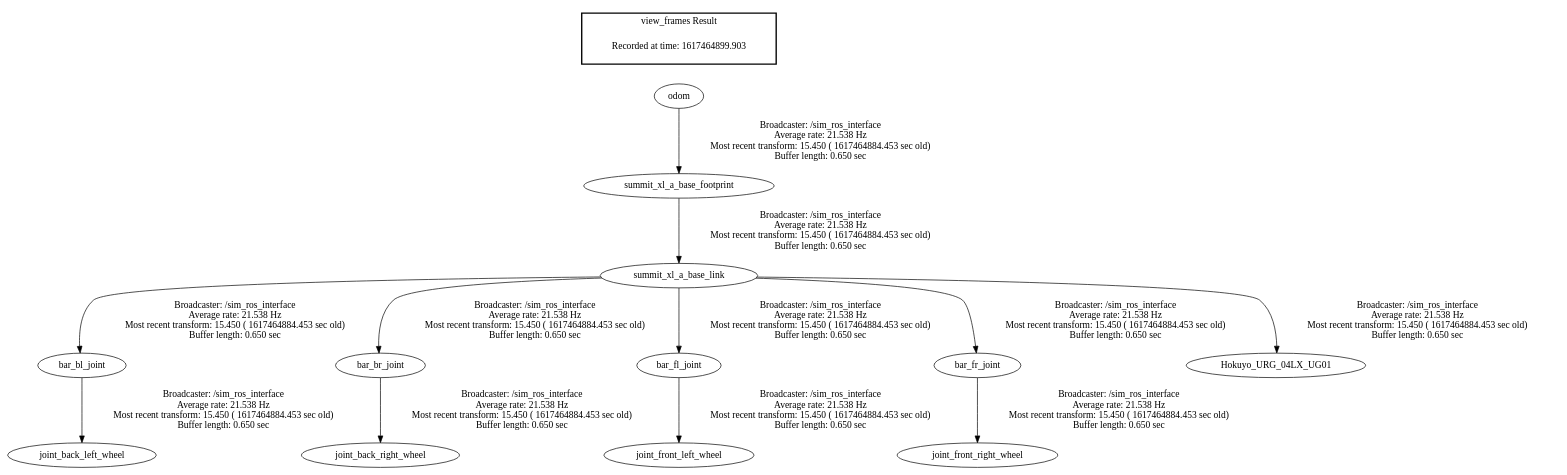
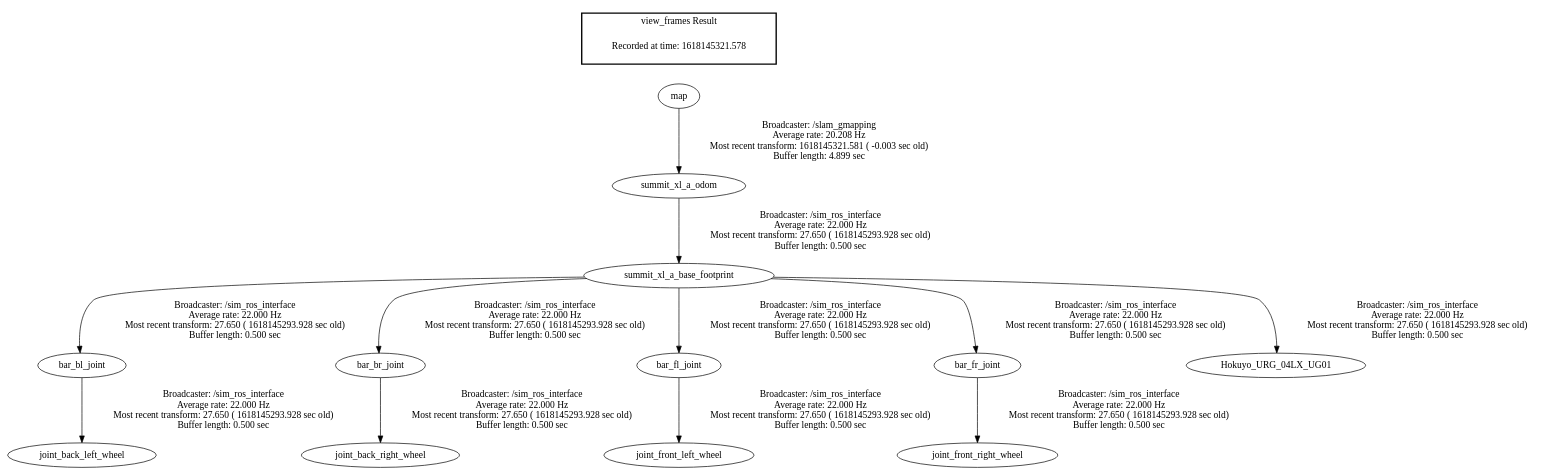
The diagram in frames.gv (ozzwozz/PROJ324), drawn with Graphviz before and after one commit. The commit also changed 51 other files, not shown here.

Commit message:
Summit LaserScan topic displays in rviz. HOWEVER map is displayed off-centered

```diff
--- a/frames.gv
+++ b/frames.gv
@@ -1,17 +1,17 @@
 digraph G {
-"odom" -> "summit_xl_a_base_footprint"[label="Broadcaster: /sim_ros_interface\nAverage rate: 21.538 Hz\nMost recent transform: 15.450 ( 1617464884.453 sec old)\nBuffer length: 0.650 sec\n"];
-"summit_xl_a_base_footprint" -> "summit_xl_a_base_link"[label="Broadcaster: /sim_ros_interface\nAverage rate: 21.538 Hz\nMost recent transform: 15.450 ( 1617464884.453 sec old)\nBuffer length: 0.650 sec\n"];
-"summit_xl_a_base_link" -> "bar_bl_joint"[label="Broadcaster: /sim_ros_interface\nAverage rate: 21.538 Hz\nMost recent transform: 15.450 ( 1617464884.453 sec old)\nBuffer length: 0.650 sec\n"];
-"summit_xl_a_base_link" -> "bar_br_joint"[label="Broadcaster: /sim_ros_interface\nAverage rate: 21.538 Hz\nMost recent transform: 15.450 ( 1617464884.453 sec old)\nBuffer length: 0.650 sec\n"];
-"summit_xl_a_base_link" -> "bar_fl_joint"[label="Broadcaster: /sim_ros_interface\nAverage rate: 21.538 Hz\nMost recent transform: 15.450 ( 1617464884.453 sec old)\nBuffer length: 0.650 sec\n"];
-"summit_xl_a_base_link" -> "bar_fr_joint"[label="Broadcaster: /sim_ros_interface\nAverage rate: 21.538 Hz\nMost recent transform: 15.450 ( 1617464884.453 sec old)\nBuffer length: 0.650 sec\n"];
-"summit_xl_a_base_link" -> "Hokuyo_URG_04LX_UG01"[label="Broadcaster: /sim_ros_interface\nAverage rate: 21.538 Hz\nMost recent transform: 15.450 ( 1617464884.453 sec old)\nBuffer length: 0.650 sec\n"];
-"bar_bl_joint" -> "joint_back_left_wheel"[label="Broadcaster: /sim_ros_interface\nAverage rate: 21.538 Hz\nMost recent transform: 15.450 ( 1617464884.453 sec old)\nBuffer length: 0.650 sec\n"];
-"bar_br_joint" -> "joint_back_right_wheel"[label="Broadcaster: /sim_ros_interface\nAverage rate: 21.538 Hz\nMost recent transform: 15.450 ( 1617464884.453 sec old)\nBuffer length: 0.650 sec\n"];
-"bar_fl_joint" -> "joint_front_left_wheel"[label="Broadcaster: /sim_ros_interface\nAverage rate: 21.538 Hz\nMost recent transform: 15.450 ( 1617464884.453 sec old)\nBuffer length: 0.650 sec\n"];
-"bar_fr_joint" -> "joint_front_right_wheel"[label="Broadcaster: /sim_ros_interface\nAverage rate: 21.538 Hz\nMost recent transform: 15.450 ( 1617464884.453 sec old)\nBuffer length: 0.650 sec\n"];
+"map" -> "summit_xl_a_odom"[label="Broadcaster: /slam_gmapping\nAverage rate: 20.208 Hz\nMost recent transform: 1618145321.581 ( -0.003 sec old)\nBuffer length: 4.899 sec\n"];
+"summit_xl_a_odom" -> "summit_xl_a_base_footprint"[label="Broadcaster: /sim_ros_interface\nAverage rate: 22.000 Hz\nMost recent transform: 27.650 ( 1618145293.928 sec old)\nBuffer length: 0.500 sec\n"];
+"summit_xl_a_base_footprint" -> "bar_bl_joint"[label="Broadcaster: /sim_ros_interface\nAverage rate: 22.000 Hz\nMost recent transform: 27.650 ( 1618145293.928 sec old)\nBuffer length: 0.500 sec\n"];
+"summit_xl_a_base_footprint" -> "bar_br_joint"[label="Broadcaster: /sim_ros_interface\nAverage rate: 22.000 Hz\nMost recent transform: 27.650 ( 1618145293.928 sec old)\nBuffer length: 0.500 sec\n"];
+"summit_xl_a_base_footprint" -> "bar_fl_joint"[label="Broadcaster: /sim_ros_interface\nAverage rate: 22.000 Hz\nMost recent transform: 27.650 ( 1618145293.928 sec old)\nBuffer length: 0.500 sec\n"];
+"summit_xl_a_base_footprint" -> "bar_fr_joint"[label="Broadcaster: /sim_ros_interface\nAverage rate: 22.000 Hz\nMost recent transform: 27.650 ( 1618145293.928 sec old)\nBuffer length: 0.500 sec\n"];
+"summit_xl_a_base_footprint" -> "Hokuyo_URG_04LX_UG01"[label="Broadcaster: /sim_ros_interface\nAverage rate: 22.000 Hz\nMost recent transform: 27.650 ( 1618145293.928 sec old)\nBuffer length: 0.500 sec\n"];
+"bar_bl_joint" -> "joint_back_left_wheel"[label="Broadcaster: /sim_ros_interface\nAverage rate: 22.000 Hz\nMost recent transform: 27.650 ( 1618145293.928 sec old)\nBuffer length: 0.500 sec\n"];
+"bar_br_joint" -> "joint_back_right_wheel"[label="Broadcaster: /sim_ros_interface\nAverage rate: 22.000 Hz\nMost recent transform: 27.650 ( 1618145293.928 sec old)\nBuffer length: 0.500 sec\n"];
+"bar_fl_joint" -> "joint_front_left_wheel"[label="Broadcaster: /sim_ros_interface\nAverage rate: 22.000 Hz\nMost recent transform: 27.650 ( 1618145293.928 sec old)\nBuffer length: 0.500 sec\n"];
+"bar_fr_joint" -> "joint_front_right_wheel"[label="Broadcaster: /sim_ros_interface\nAverage rate: 22.000 Hz\nMost recent transform: 27.650 ( 1618145293.928 sec old)\nBuffer length: 0.500 sec\n"];
 edge [style=invis];
  subgraph cluster_legend { style=bold; color=black; label ="view_frames Result";
-"Recorded at time: 1617464899.903"[ shape=plaintext ] ;
- }->"odom";
+"Recorded at time: 1618145321.578"[ shape=plaintext ] ;
+ }->"map";
 }
```
